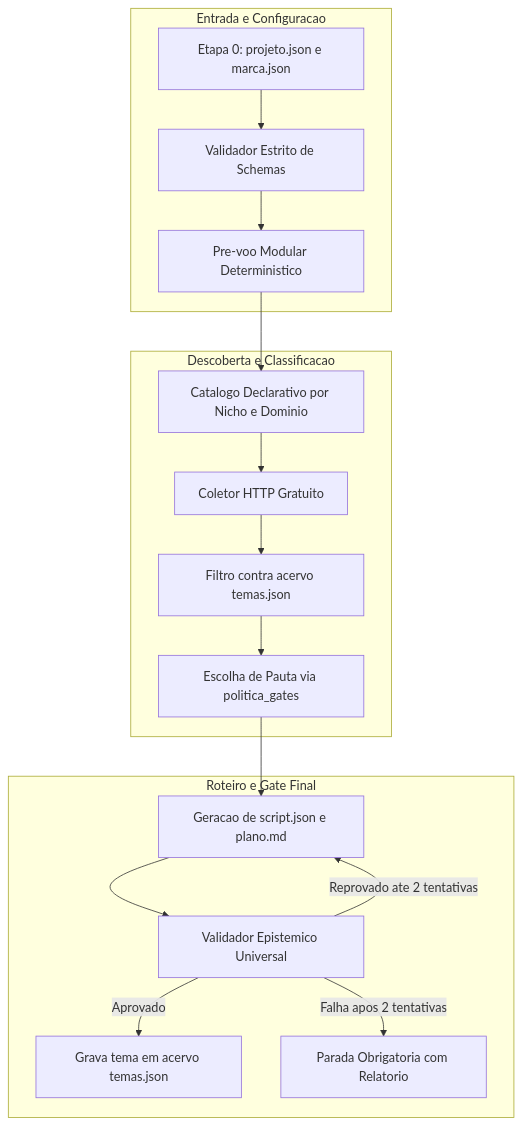
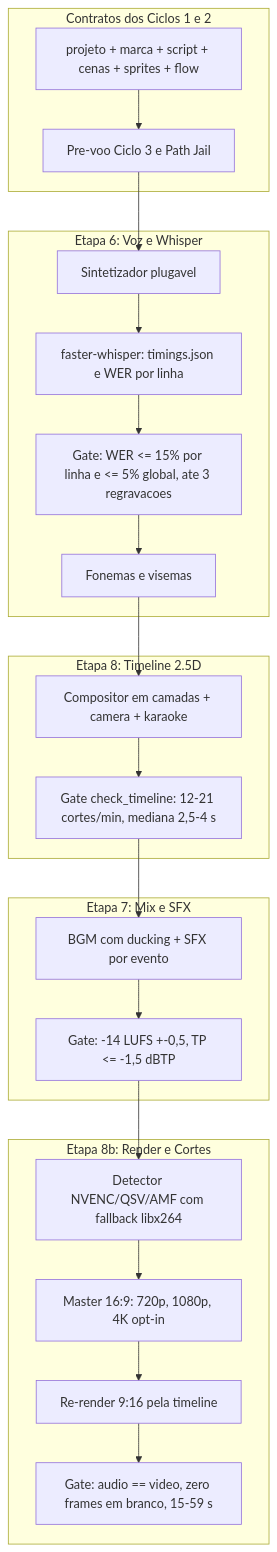
One commit to heverton-dev/LegoLoop changed the diagram in docs/specs/SPEC.md. Above: the diagram before and after it, drawn with Mermaid. The commit also changed other lines of this file and 229 other files, not shown here.

Commit message:
feat(video-animado): E07 inventario por estilo validado + E08.1 pre-voo le modo e estilo

````diff
--- a/docs/specs/SPEC.md
+++ b/docs/specs/SPEC.md
@@ -65,22 +79,26 @@
 ```mermaid
 flowchart TD
-    subgraph Entrada ["Entrada e Configuracao"]
-        CFG["Etapa 0: projeto.json e marca.json"] --> VAL["Validador Estrito de Schemas"]
-        VAL --> PRE["Pre-voo Modular Deterministico"]
+    subgraph Entrada ["Contratos dos Ciclos 1 e 2"]
+        IN["projeto + marca + script + cenas + sprites + flow"] --> PRE["Pre-voo Ciclo 3 e Path Jail"]
     end
-
-    subgraph Descoberta ["Descoberta e Classificacao"]
-        PRE --> CAT["Catalogo Declarativo por Nicho e Dominio"]
-        CAT --> COL["Coletor HTTP Gratuito"]
-        COL --> DEDUP["Filtro contra acervo temas.json"]
-        DEDUP --> ESC["Escolha de Pauta via politica_gates"]
+    subgraph E6 ["Etapa 6: Voz e Whisper"]
+        PRE --> SIN["Sintetizador plugavel"]
+        SIN --> WH["faster-whisper: timings.json e WER por linha"]
+        WH --> G6["Gate: WER <= 15% por linha e <= 5% global, ate 3 regravacoes"]
+        G6 --> VIS["Fonemas e visemas"]
     end
-
-    subgraph Roteiro ["Roteiro e Gate Final"]
-        ESC --> GER["Geracao de script.json e plano.md"]
-        GER --> EPI["Validador Epistemico Universal"]
-        EPI -->|"Reprovado ate 2 tentativas"| GER
-        EPI -->|"Aprovado"| REC["Grava tema em acervo temas.json"]
-        EPI -->|"Falha apos 2 tentativas"| STOP["Parada Obrigatoria com Relatorio"]
+    subgraph E8 ["Etapa 8: Timeline 2.5D"]
+        VIS --> TL["Compositor em camadas + camera + karaoke"]
+        TL --> G8["Gate check_timeline: 12-21 cortes/min, mediana 2,5-4 s"]
+    end
+    subgraph E7 ["Etapa 7: Mix e SFX"]
+        G8 --> MIX["BGM com ducking + SFX por evento"]
+        MIX --> G7["Gate: -14 LUFS +-0,5, TP <= -1,5 dBTP"]
+    end
+    subgraph E8B ["Etapa 8b: Render e Cortes"]
+        G7 --> ENC["Detector NVENC/QSV/AMF com fallback libx264"]
+        ENC --> M["Master 16:9: 720p, 1080p, 4K opt-in"]
+        M --> V["Re-render 9:16 pela timeline"]
+        V --> G8B["Gate: audio == video, zero frames em branco, 15-59 s"]
     end
 ```
````
